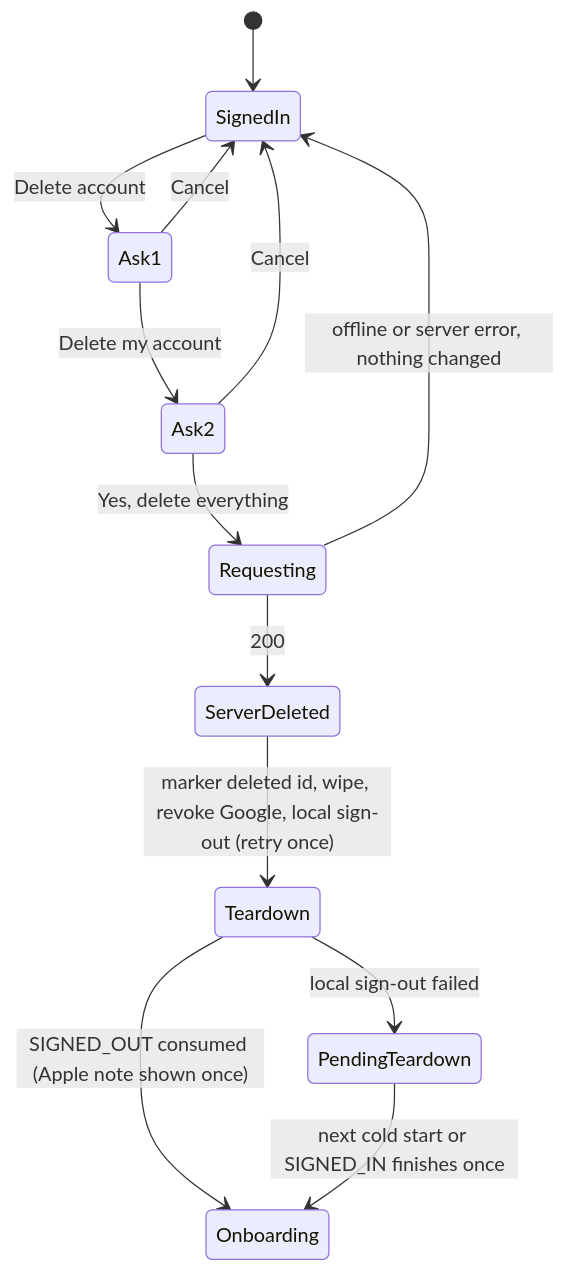
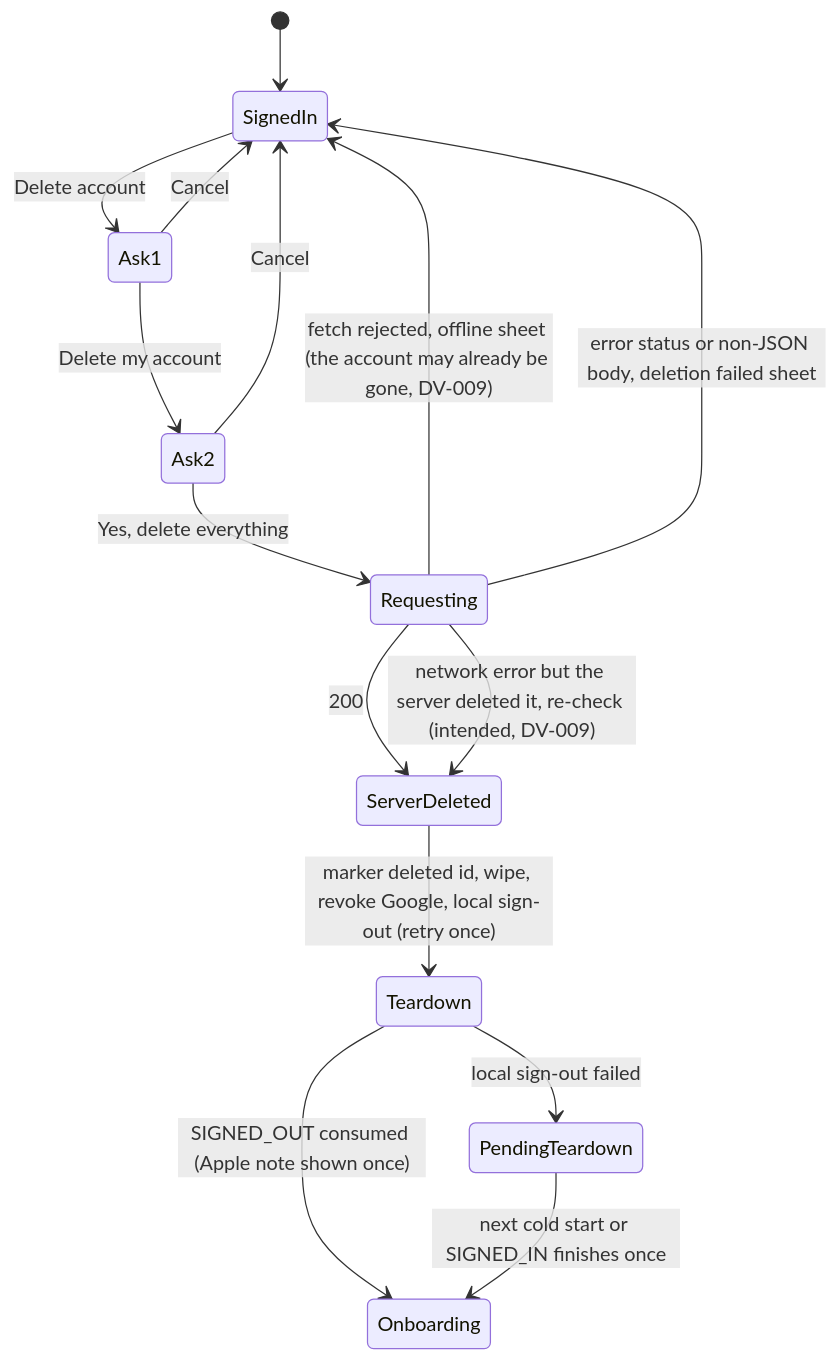
One commit to evandroviskis/dosetrace changed the third of 4 diagrams in docs/product/flows/12-account-signout-delete.md. Above: the diagram before and after it, drawn with Mermaid. The commit also changed other lines of this file and 26 other files, not shown here.

Commit message:
docs/product: round-2 corrections propagated to PRD (G-1..G-233), TRD + dossiers, flows + Portuguese picture from the final registers; 105 diagrams parse; zero stale ids

````diff
--- a/docs/product/flows/12-account-signout-delete.md
+++ b/docs/product/flows/12-account-signout-delete.md
@@ -97,15 +99,17 @@
 ```mermaid
 stateDiagram-v2
     [*] --> SignedIn
     SignedIn --> Ask1: Delete account
     Ask1 --> SignedIn: Cancel
     Ask1 --> Ask2: Delete my account
     Ask2 --> SignedIn: Cancel
     Ask2 --> Requesting: Yes, delete everything
-    Requesting --> SignedIn: offline or server error, nothing changed
+    Requesting --> SignedIn: fetch rejected, offline sheet (the account may already be gone, DV-009)
+    Requesting --> SignedIn: error status or non-JSON body, deletion failed sheet
     Requesting --> ServerDeleted: 200
+    Requesting --> ServerDeleted: network error but the server deleted it, re-check (intended, DV-009)
     ServerDeleted --> Teardown: marker deleted id, wipe, revoke Google, local sign-out (retry once)
     Teardown --> Onboarding: SIGNED_OUT consumed (Apple note shown once)
     Teardown --> PendingTeardown: local sign-out failed
     PendingTeardown --> Onboarding: next cold start or SIGNED_IN finishes once
 ```
````
